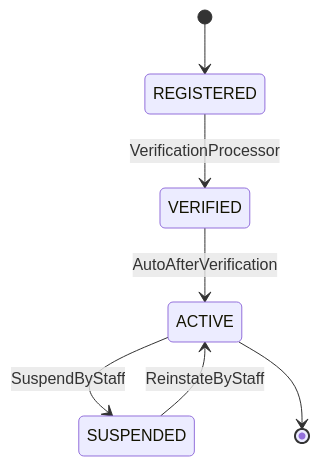
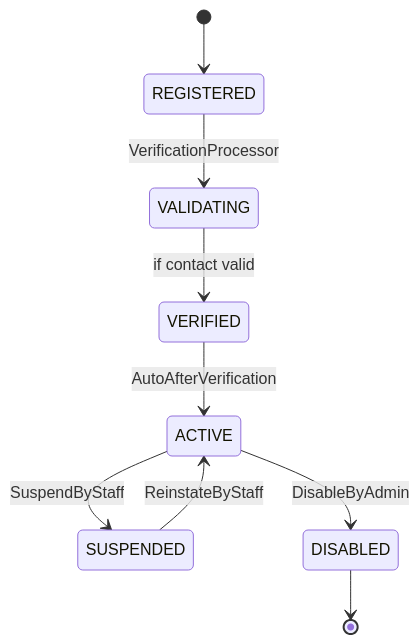
Before and after one commit to Cyoda-platform/java-client-template: the second of 3 diagrams in src/main/java/com/java_template/prototype/functional_requirement.md, drawn with Mermaid. The commit also changed other lines of this file, not shown here.

````diff
--- a/src/main/java/com/java_template/prototype/functional_requirement.md
+++ b/src/main/java/com/java_template/prototype/functional_requirement.md
@@ -74,9 +166,11 @@
 ```mermaid
 stateDiagram-v2
     [*] --> REGISTERED
-    REGISTERED --> VERIFIED : VerificationProcessor
+    REGISTERED --> VALIDATING : VerificationProcessor
+    VALIDATING --> VERIFIED : if contact valid
     VERIFIED --> ACTIVE : AutoAfterVerification
     ACTIVE --> SUSPENDED : SuspendByStaff
     SUSPENDED --> ACTIVE : ReinstateByStaff
-    ACTIVE --> [*]
+    ACTIVE --> DISABLED : DisableByAdmin
+    DISABLED --> [*]
 ```
````
